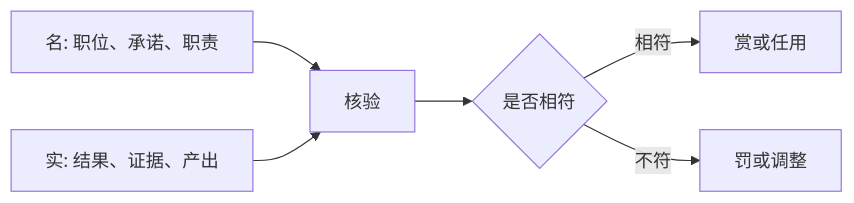
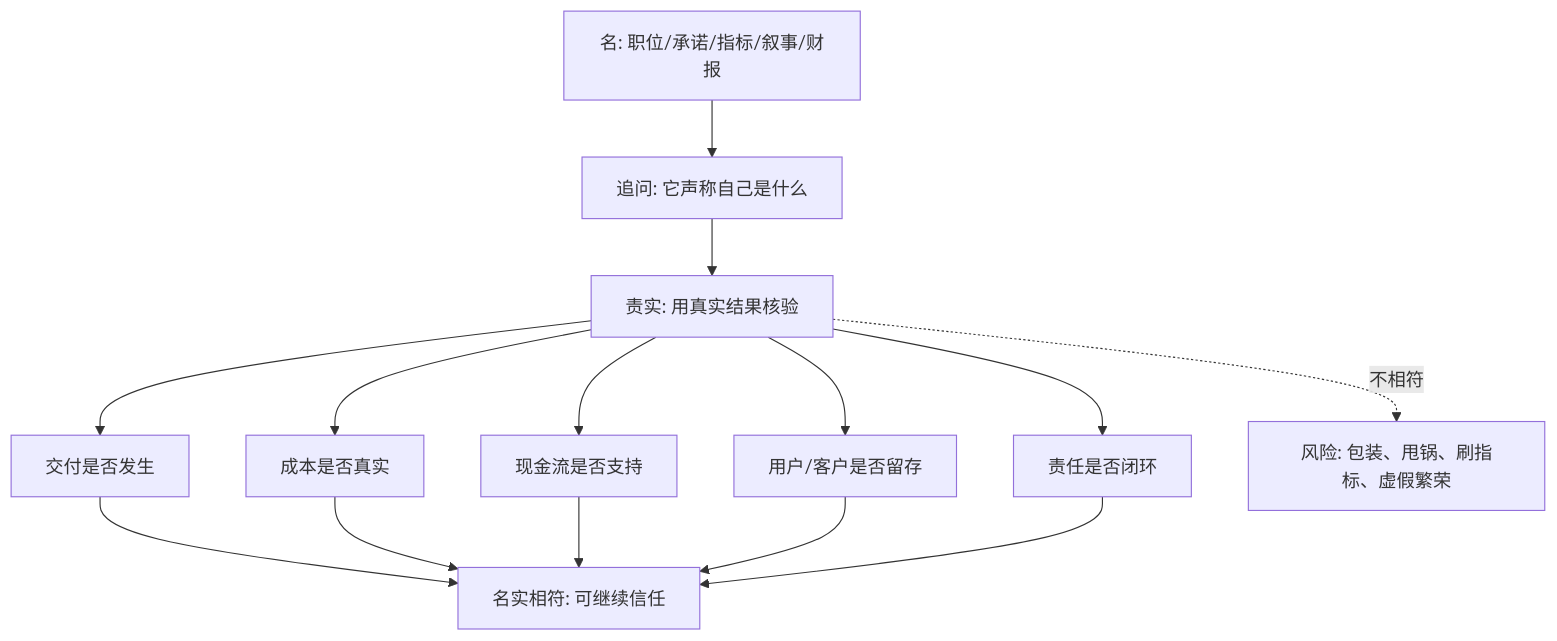
Before and after one commit to digoal/blog: the diagram in 202605/20260518_10.md, drawn with Mermaid. The commit also changed other lines of this file and 14 other files, not shown here.

````diff
--- a/202605/20260518_10.md
+++ b/202605/20260518_10.md
@@ -22,8 +24,16 @@
 ```mermaid
-flowchart LR
-  A["名: 职位、承诺、职责"] --> C["核验"]
-  B["实: 结果、证据、产出"] --> C
-  C --> D{"是否相符"}
-  D -->|相符| E["赏或任用"]
-  D -->|不符| F["罚或调整"]
+flowchart TB
+  A["名: 职位/承诺/指标/叙事/财报"] --> B["追问: 它声称自己是什么"]
+  B --> C["责实: 用真实结果核验"]
+  C --> D["交付是否发生"]
+  C --> E["成本是否真实"]
+  C --> F["现金流是否支持"]
+  C --> G["用户/客户是否留存"]
+  C --> H["责任是否闭环"]
+  D --> I["名实相符: 可继续信任"]
+  E --> I
+  F --> I
+  G --> I
+  H --> I
+  C -. "不相符" .-> J["风险: 包装、甩锅、刷指标、虚假繁荣"]
 ```
````
